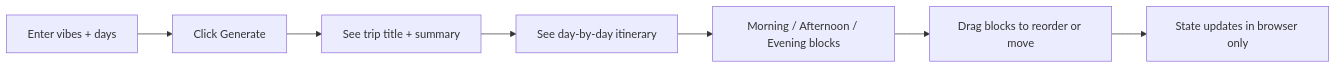
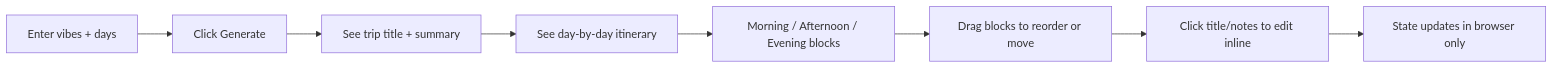
One commit to RaphLed/travel-planner changed the first of 4 diagrams in docs/how-it-works.md. Above: the diagram before and after it, drawn with Mermaid. The commit also changed other lines of this file and 3 other files, not shown here.

Commit message:
feat: add editable activity blocks (inline edit title, notes, type)

````diff
--- a/docs/how-it-works.md
+++ b/docs/how-it-works.md
@@ -9,9 +9,10 @@
 ```mermaid
 flowchart LR
   A[Enter vibes + days] --> B[Click Generate]
   B --> C[See trip title + summary]
   C --> D[See day-by-day itinerary]
   D --> E[Morning / Afternoon / Evening blocks]
   E --> F[Drag blocks to reorder or move]
-  F --> G[State updates in browser only]
+  F --> G[Click title/notes to edit inline]
+  G --> H[State updates in browser only]
 ```
````
